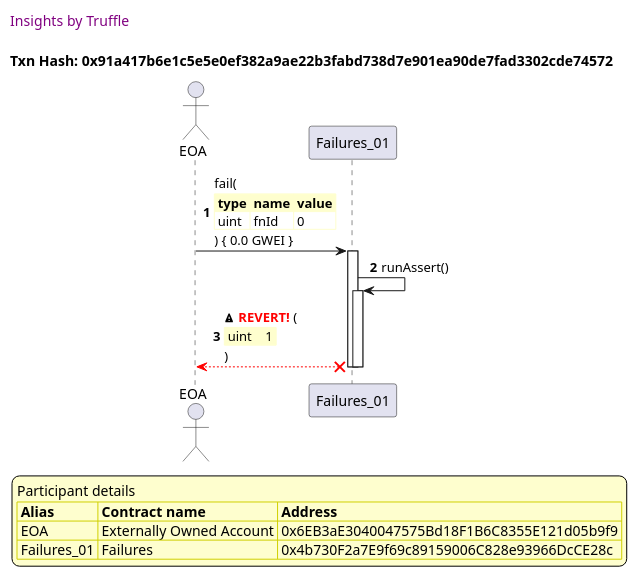
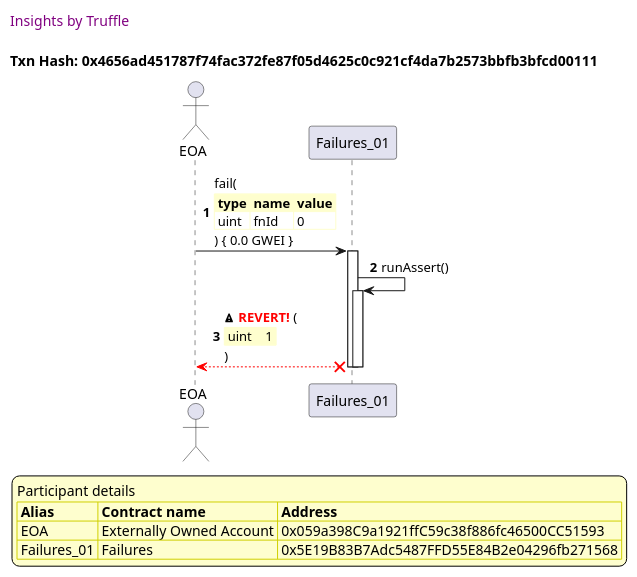
The first of 12 diagrams in truffle-seq/failures.test.md (trufflesuite/txlog-seedlings), drawn with PlantUML before and after one commit. The commit also changed other lines of this file and 8 other files, not shown here.

````diff
--- a/truffle-seq/failures.test.md
+++ b/truffle-seq/failures.test.md
@@ -13,45 +13,45 @@
 ```plantuml
 
 
 @startuml
 
 autonumber
 skinparam legendBackgroundColor #FEFECE
 
 <style>
       header {
         HorizontalAlignment left
         FontColor purple
         FontSize 14
         Padding 10
       }
     </style>
 
 header Insights by Truffle
 
-title Txn Hash: 0x91a417b6e1c5e5e0ef382a9ae22b3fabd738d7e901ea90de7fad3302cde74572
+title Txn Hash: 0x4656ad451787f74fac372fe87f05d4625c0c921cf4da7b2573bbfb3bfcd00111
 
 
 actor EOA as "EOA"
 participant Failures_01 as "Failures_01"
 
 "EOA" -> "Failures_01" ++: fail(\n\
 <#FEFECE,#FEFECE>|= type |= name |= value |\n\
 | uint | fnId | 0 |\n\
 ) { 0.0 GWEI }
 "Failures_01" -> "Failures_01" ++: runAssert()
 "Failures_01" x-[#red]-> "EOA" --: <&warning> <color #red>**REVERT!**</color> (\n\
 <#FEFECE,#FEFECE>| uint |  | 1 |\n\
 )
 deactivate "Failures_01"
 deactivate "Failures_01"
 
 legend
 Participant details
 <#FEFECE,#D0D000>|= Alias |= Contract name |= Address |
-<#FEFECE>| EOA | Externally Owned Account | 0x6EB3aE3040047575Bd18F1B6C8355E121d05b9f9 |
-<#FEFECE>| Failures_01 | Failures | 0x4b730F2a7E9f69c89159006C828e93966DcCE28c |
+<#FEFECE>| EOA | Externally Owned Account | 0x059a398C9a1921ffC59c38f886fc46500CC51593 |
+<#FEFECE>| Failures_01 | Failures | 0x5E19B83B7Adc5487FFD55E84B2e04296fb271568 |
 endlegend
 
 @enduml
 ```
````
